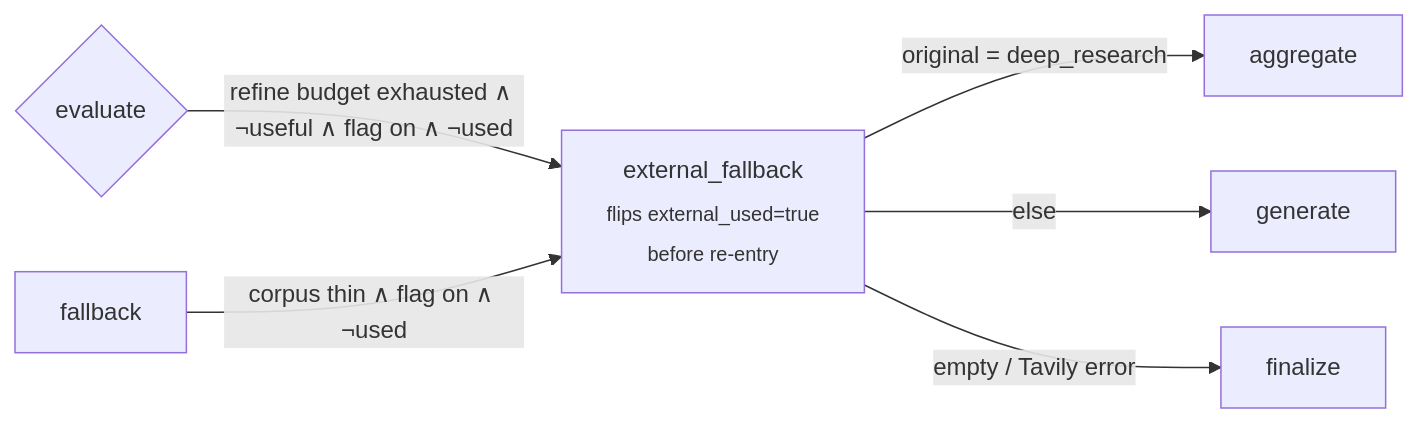
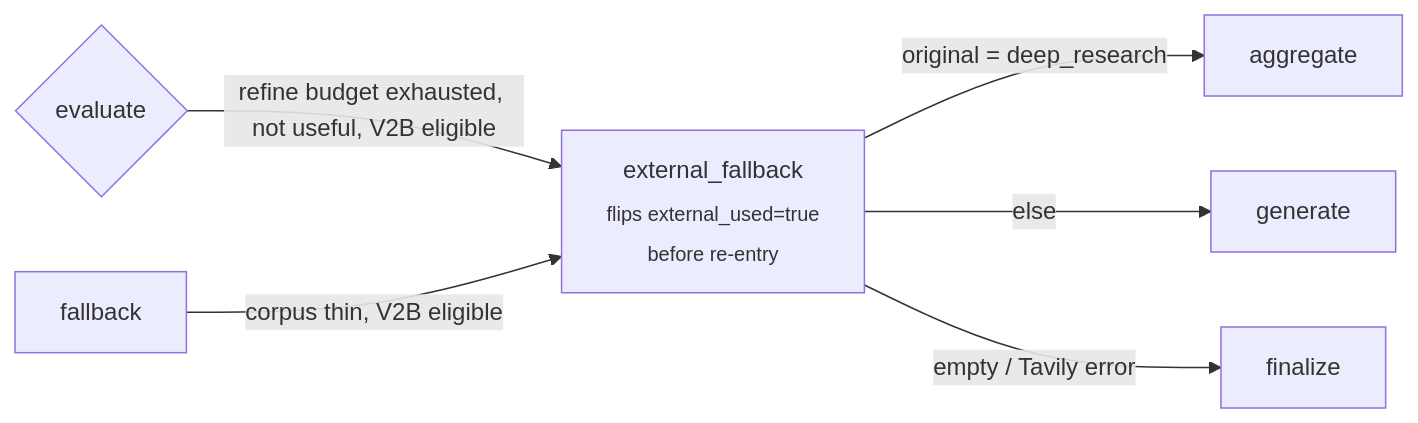
One commit to adi2355/multi-source-rag-pipeline changed the fourth of 4 diagrams in README.md. Above: the diagram before and after it, drawn with Mermaid. The commit also changed other lines of this file, not shown here.

First line of the commit message:
docs: replace logic symbols (∧, ¬) and middle-dots in all mermaid diagrams

````diff
--- a/README.md
+++ b/README.md
@@ -544,15 +544,15 @@
 ```mermaid
 flowchart LR
     Eval{evaluate}
     Fb[fallback]
     Ext["external_fallback<br/><sub>flips external_used=true<br/>before re-entry</sub>"]
     Agg[aggregate]
     Gen[generate]
     Fin[finalize]
 
-    Eval -->|"refine budget exhausted ∧ ¬useful ∧ flag on ∧ ¬used"| Ext
-    Fb -->|"corpus thin ∧ flag on ∧ ¬used"| Ext
+    Eval -->|"refine budget exhausted, not useful, V2B eligible"| Ext
+    Fb -->|"corpus thin, V2B eligible"| Ext
     Ext -->|"original = deep_research"| Agg
     Ext -->|"else"| Gen
     Ext -->|"empty / Tavily error"| Fin
 ```
````
